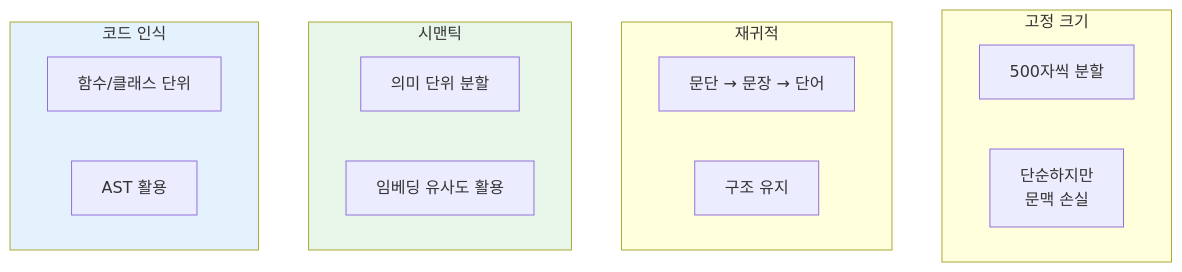
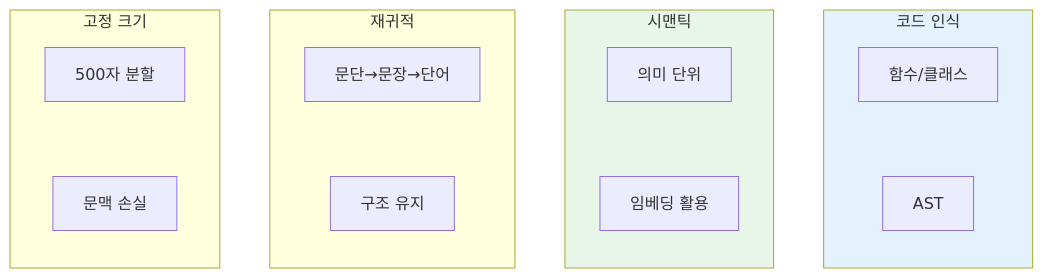
One commit to Gyeom/dev-notes changed the third of 10 diagrams in content/posts/2025-10-05-rag-system-design-guide.md. Above: the diagram before and after it, drawn with Mermaid. The commit also changed other lines of this file and 7 other files, not shown here.

First line of the commit message:
Fix: 전체 포스트 Mermaid 다이어그램 가로 배치 적용

````diff
--- a/content/posts/2025-10-05-rag-system-design-guide.md
+++ b/content/posts/2025-10-05-rag-system-design-guide.md
@@ -89,25 +89,23 @@
 ```mermaid
-flowchart TB
+flowchart LR
     subgraph Fixed["고정 크기"]
-        F1["500자씩 분할"]
-        F2["단순하지만<br/>문맥 손실"]
+        F1["500자 분할"] ~~~ F2["문맥 손실"]
     end
 
     subgraph Recursive["재귀적"]
-        R1["문단 → 문장 → 단어"]
-        R2["구조 유지"]
+        R1["문단→문장→단어"] ~~~ R2["구조 유지"]
     end
 
     subgraph Semantic["시맨틱"]
-        S1["의미 단위 분할"]
-        S2["임베딩 유사도 활용"]
+        S1["의미 단위"] ~~~ S2["임베딩 활용"]
     end
 
     subgraph CodeAware["코드 인식"]
-        C1["함수/클래스 단위"]
-        C2["AST 활용"]
+        C1["함수/클래스"] ~~~ C2["AST"]
     end
+
+    Fixed ~~~ Recursive ~~~ Semantic ~~~ CodeAware
 
     style Semantic fill:#E8F5E9
     style CodeAware fill:#E3F2FD
 ```
````
